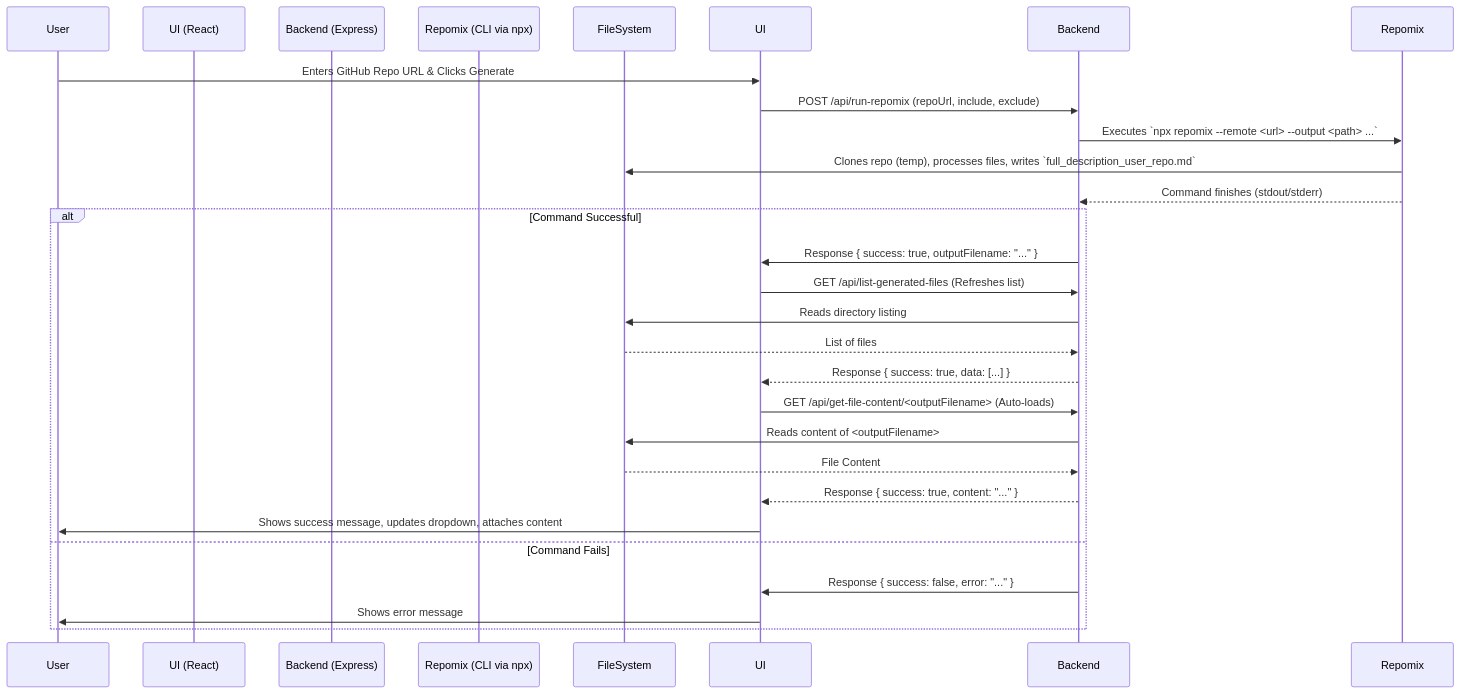
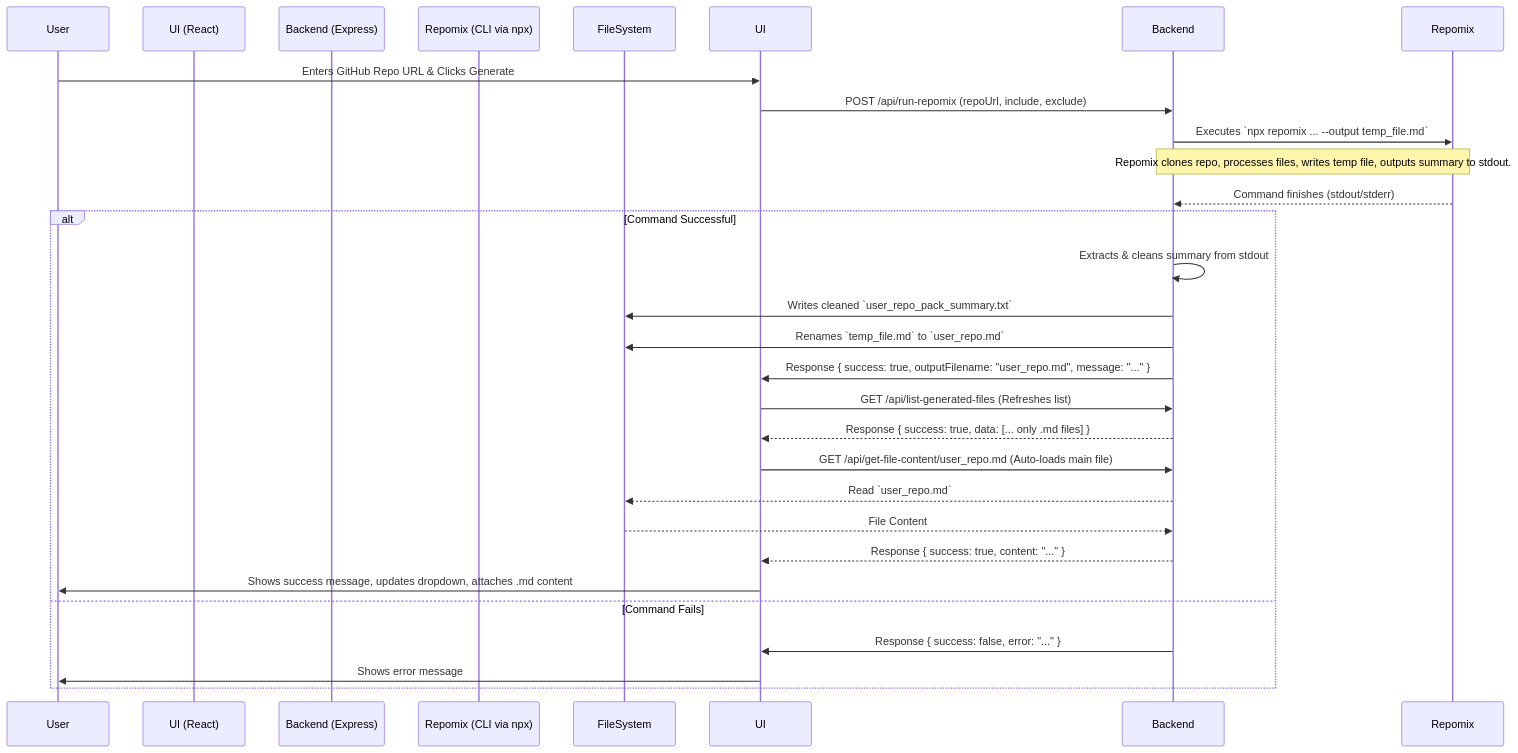
The second of 3 diagrams in README.md (jesseburstrom/repo-chat), drawn with Mermaid before and after one commit.

````diff
--- a/README.md
+++ b/README.md
@@ -73,29 +73,33 @@
 ```mermaid
 sequenceDiagram
     participant User
     participant UI (React)
     participant Backend (Express)
     participant Repomix (CLI via npx)
     participant FileSystem
 
     User->>UI: Enters GitHub Repo URL & Clicks Generate
     UI->>Backend: POST /api/run-repomix (repoUrl, include, exclude)
-    Backend->>Repomix: Executes `npx repomix --remote <url> --output <path> ...`
-    Repomix->>FileSystem: Clones repo (temp), processes files, writes `full_description_user_repo.md`
+    Backend->>Repomix: Executes `npx repomix ... --output temp_file.md`
+    Note over Repomix, Backend: Repomix clones repo, processes files, writes temp file, outputs summary to stdout.
     Repomix-->>Backend: Command finishes (stdout/stderr)
+
     alt Command Successful
-        Backend->>UI: Response { success: true, outputFilename: "..." }
+        Backend->>Backend: Extracts & cleans summary from stdout
+        Backend->>FileSystem: Writes cleaned `user_repo_pack_summary.txt`
+        Backend->>FileSystem: Renames `temp_file.md` to `user_repo.md`
+        Backend->>UI: Response { success: true, outputFilename: "user_repo.md", message: "..." }
+
         UI->>Backend: GET /api/list-generated-files (Refreshes list)
-        Backend->>FileSystem: Reads directory listing
-        FileSystem-->>Backend: List of files
-        Backend-->>UI: Response { success: true, data: [...] }
-        UI->>Backend: GET /api/get-file-content/<outputFilename> (Auto-loads)
-        Backend->>FileSystem: Reads content of <outputFilename>
+        Backend-->>UI: Response { success: true, data: [... only .md files] }
+
+        UI->>Backend: GET /api/get-file-content/user_repo.md (Auto-loads main file)
+        Backend-->>FileSystem: Read `user_repo.md`
         FileSystem-->>Backend: File Content
         Backend-->>UI: Response { success: true, content: "..." }
-        UI->>User: Shows success message, updates dropdown, attaches content
+        UI->>User: Shows success message, updates dropdown, attaches .md content
     else Command Fails
         Backend->>UI: Response { success: false, error: "..." }
         UI->>User: Shows error message
     end
 ```
````
